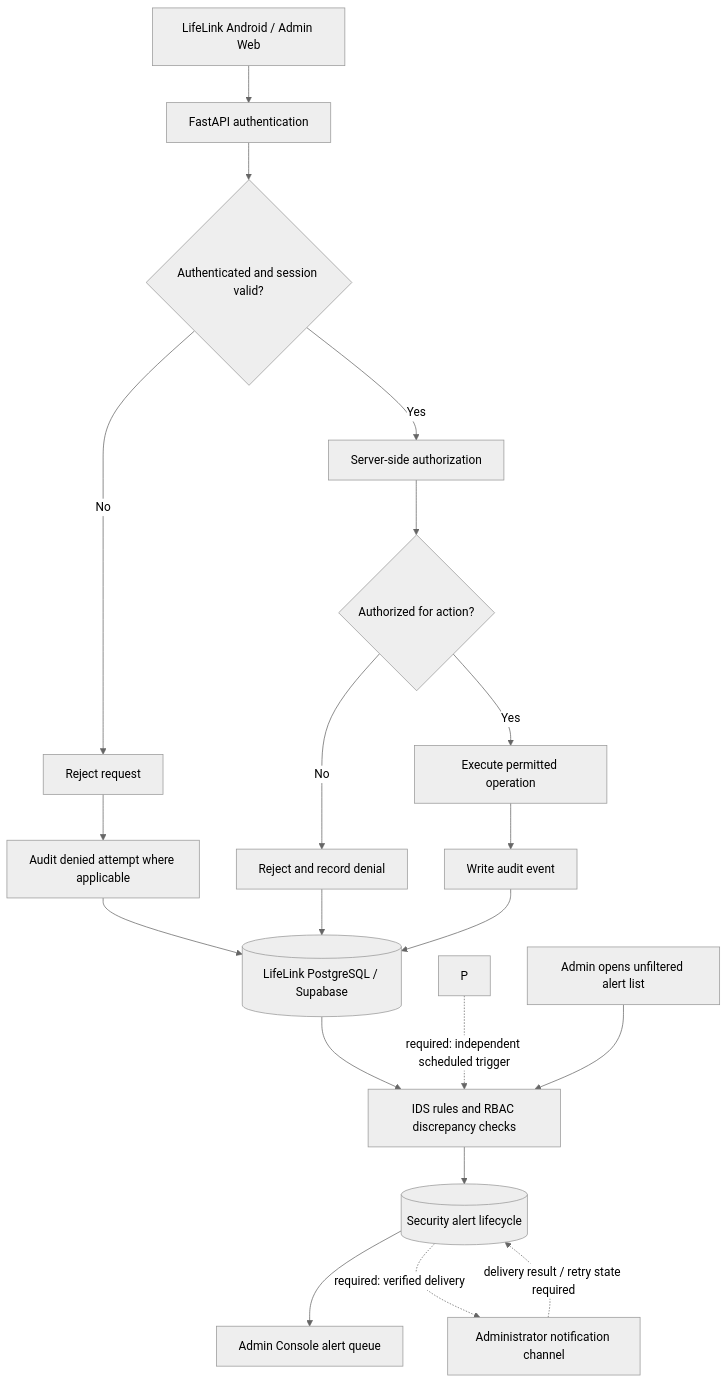
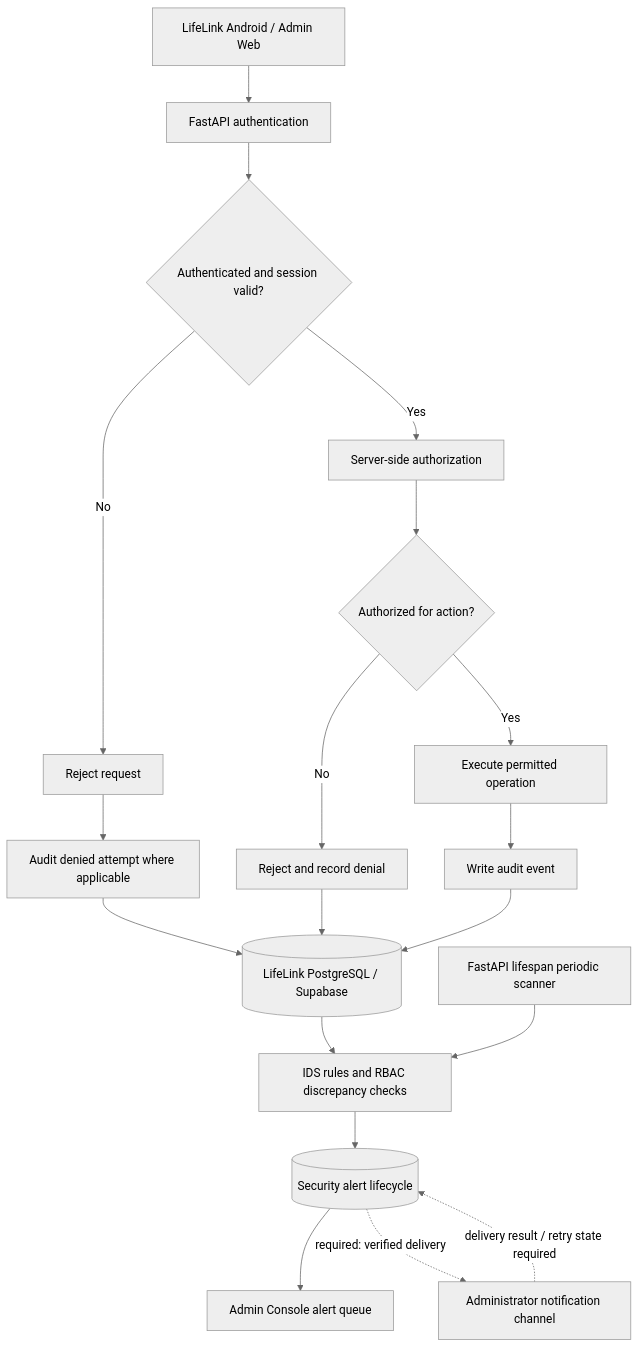
The diagram in docs/IDS_IPS_COMPLETION_AUDIT_2026-11-27.md (RamProjector/LifeLink), drawn with Mermaid (neutral theme) before and after one commit. The commit also changed other lines of this file, not shown here.

Commit message:
Update IDS flowchart for read-only alert retrieval

````diff
--- a/docs/IDS_IPS_COMPLETION_AUDIT_2026-11-27.md
+++ b/docs/IDS_IPS_COMPLETION_AUDIT_2026-11-27.md
@@ -294,22 +294,21 @@
 ```mermaid
 flowchart TD
     A[LifeLink Android / Admin Web] --> B[FastAPI authentication]
     B --> C{Authenticated and session valid?}
     C -->|No| D[Reject request]
     D --> E[Audit denied attempt where applicable]
     C -->|Yes| F[Server-side authorization]
     F --> G{Authorized for action?}
     G -->|No| H[Reject and record denial]
     G -->|Yes| I[Execute permitted operation]
     I --> J[Write audit event]
     J --> K[(LifeLink PostgreSQL / Supabase)]
     E --> K
     H --> K
     K --> L[IDS rules and RBAC discrepancy checks]
     L --> M[(Security alert lifecycle)]
     M --> N[Admin Console alert queue]
     M -. required: verified delivery .-> O[Administrator notification channel]
-    P -. required: independent scheduled trigger .-> L
-    Q[Admin opens unfiltered alert list] --> L
+    P[FastAPI lifespan periodic scanner] --> L
     O -. delivery result / retry state required .-> M
 ```
````
